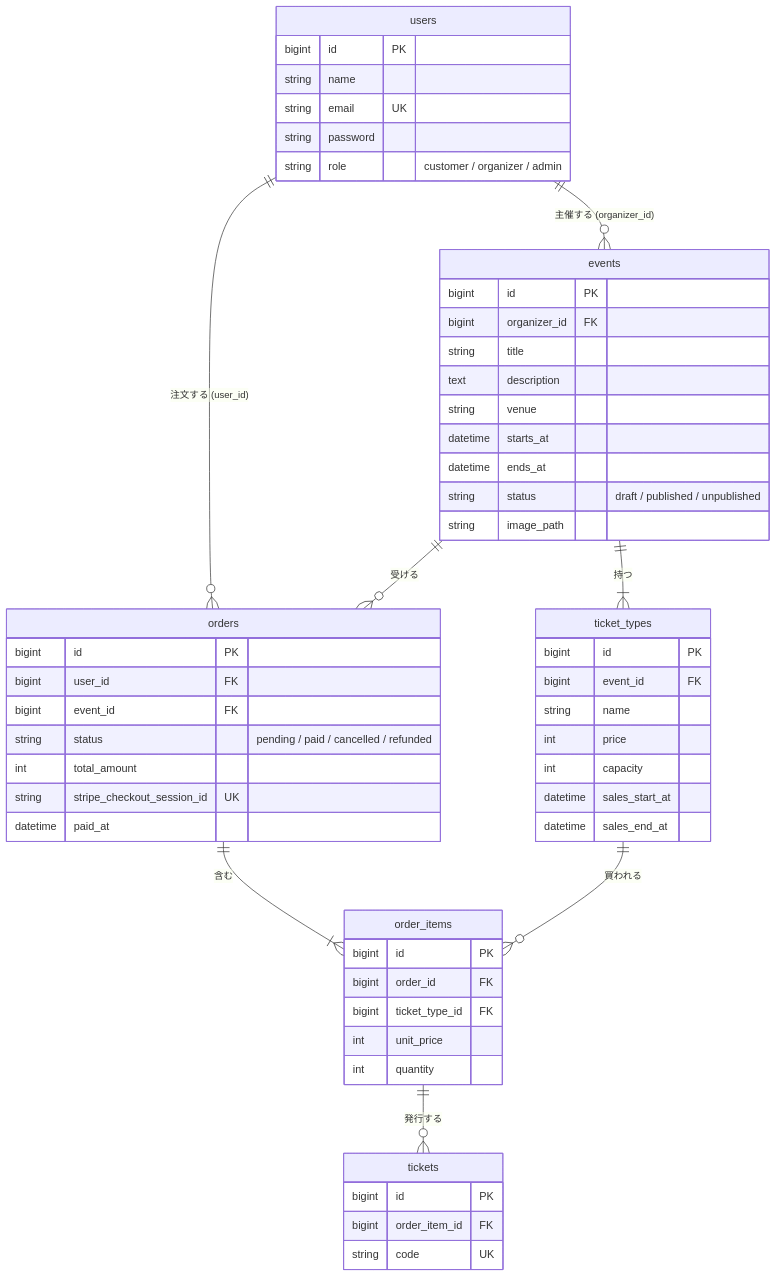
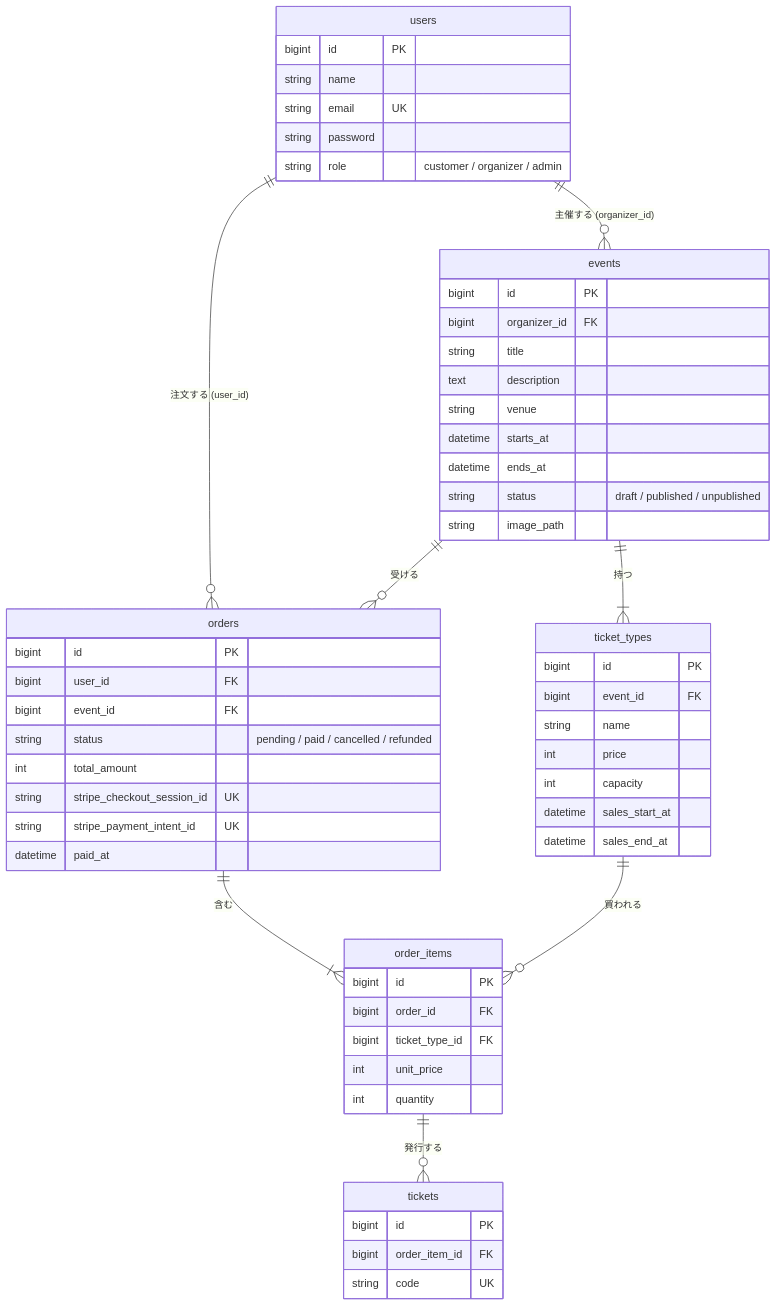
The diagram in doc/design/database.md (noopy0415/ticket-app), drawn with Mermaid before and after one commit. The commit also changed other lines of this file and 14 other files, not shown here.

First line of the commit message:
支払い中断時に Checkout Session を失効させ、PaymentIntent を記録する

````diff
--- a/doc/design/database.md
+++ b/doc/design/database.md
@@ -5,59 +5,60 @@
 ```mermaid
 erDiagram
     users ||--o{ events : "主催する (organizer_id)"
     users ||--o{ orders : "注文する (user_id)"
     events ||--|{ ticket_types : "持つ"
     events ||--o{ orders : "受ける"
     orders ||--|{ order_items : "含む"
     ticket_types ||--o{ order_items : "買われる"
     order_items ||--o{ tickets : "発行する"
 
     users {
         bigint id PK
         string name
         string email UK
         string password
         string role "customer / organizer / admin"
     }
     events {
         bigint id PK
         bigint organizer_id FK
         string title
         text description
         string venue
         datetime starts_at
         datetime ends_at
         string status "draft / published / unpublished"
         string image_path
     }
     ticket_types {
         bigint id PK
         bigint event_id FK
         string name
         int price
         int capacity
         datetime sales_start_at
         datetime sales_end_at
     }
     orders {
         bigint id PK
         bigint user_id FK
         bigint event_id FK
         string status "pending / paid / cancelled / refunded"
         int total_amount
         string stripe_checkout_session_id UK
+        string stripe_payment_intent_id UK
         datetime paid_at
     }
     order_items {
         bigint id PK
         bigint order_id FK
         bigint ticket_type_id FK
         int unit_price
         int quantity
     }
     tickets {
         bigint id PK
         bigint order_item_id FK
         string code UK
     }
 ```
````
